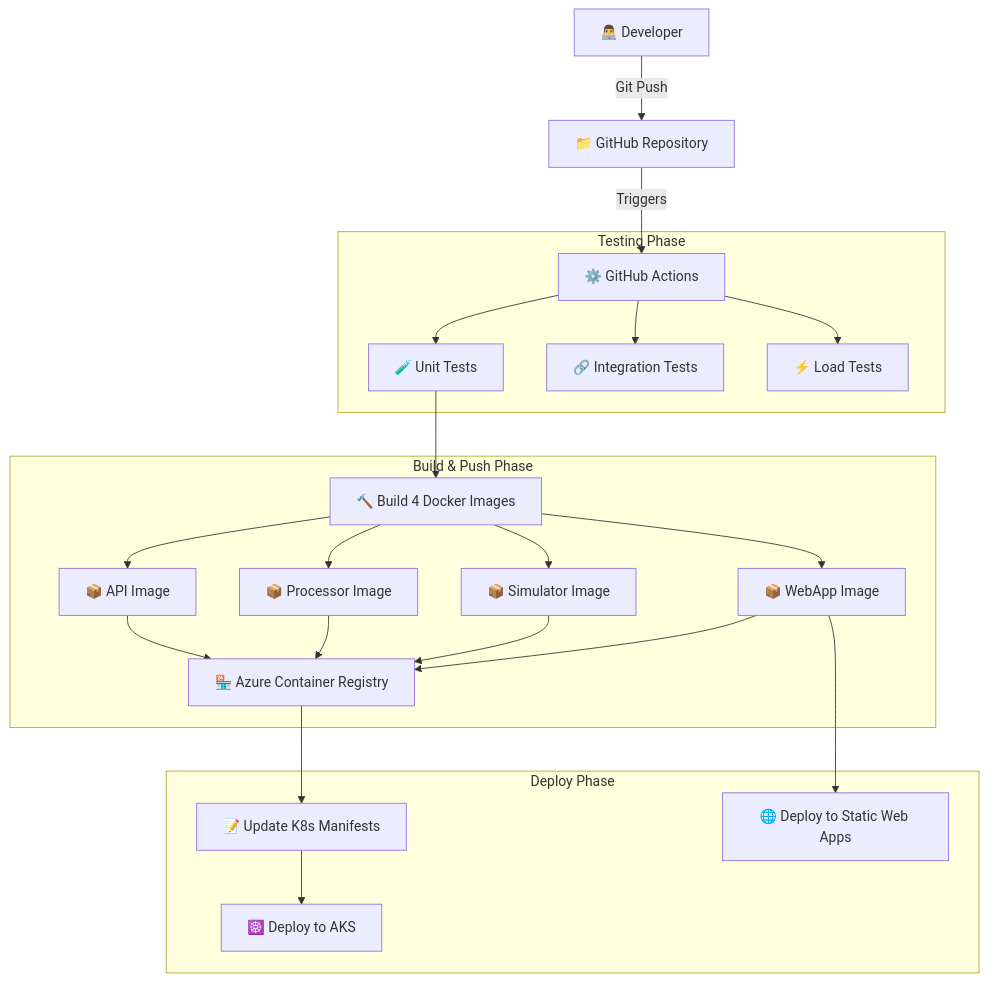
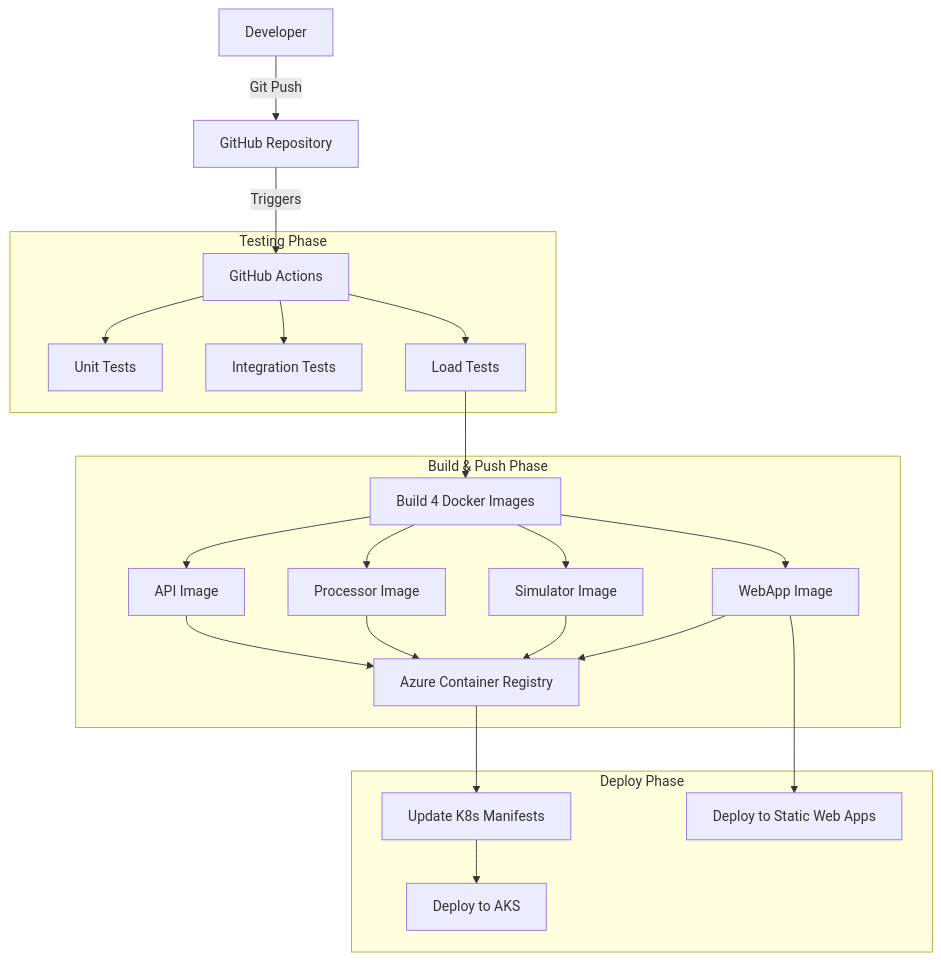
One commit to JonathanHidalgoN/RealTimeTransactionMonitoring changed the first of 4 diagrams in README.md. Above: the diagram before and after it, drawn with Mermaid. The commit also changed other lines of this file, not shown here.

Commit message:
Improve readme diagram

````diff
--- a/README.md
+++ b/README.md
@@ -15,30 +15,32 @@
 ```mermaid
 graph TD
-    DEV[👨‍💻 Developer] -- Git Push --> REPO[📁 GitHub Repository]
-    REPO -- Triggers --> ACTIONS[⚙️ GitHub Actions]
+    DEV[Developer] -- Git Push --> REPO[GitHub Repository]
+    REPO -- Triggers --> ACTIONS[GitHub Actions]
     
     subgraph "Testing Phase"
-        ACTIONS --> UNIT[🧪 Unit Tests]
-        ACTIONS --> INTEGRATION[🔗 Integration Tests]
-        ACTIONS --> LOAD[⚡ Load Tests]
+        ACTIONS --> UNIT[Unit Tests]
+        ACTIONS --> INTEGRATION[Integration Tests]
+        ACTIONS --> LOAD[Load Tests]
     end
     
+    LOAD --> BUILD
+    
     subgraph "Build & Push Phase"
-        UNIT --> BUILD[🔨 Build 4 Docker Images]
-        BUILD --> API_IMG[📦 API Image]
-        BUILD --> PROC_IMG[📦 Processor Image]
-        BUILD --> SIM_IMG[📦 Simulator Image]
-        BUILD --> WEB_IMG[📦 WebApp Image]
+        BUILD[Build 4 Docker Images]
+        BUILD --> API_IMG[API Image]
+        BUILD --> PROC_IMG[Processor Image]
+        BUILD --> SIM_IMG[Simulator Image]
+        BUILD --> WEB_IMG[WebApp Image]
         
-        API_IMG --> ACR[🏪 Azure Container Registry]
+        API_IMG --> ACR[Azure Container Registry]
         PROC_IMG --> ACR
         SIM_IMG --> ACR
         WEB_IMG --> ACR
     end
     
     subgraph "Deploy Phase"
-        ACR --> K8S_UPDATE[📝 Update K8s Manifests]
-        K8S_UPDATE --> AKS[☸️ Deploy to AKS]
-        WEB_IMG --> SWA[🌐 Deploy to Static Web Apps]
+        ACR --> K8S_UPDATE[Update K8s Manifests]
+        K8S_UPDATE --> AKS[Deploy to AKS]
+        WEB_IMG --> SWA[Deploy to Static Web Apps]
     end
 ```
````
